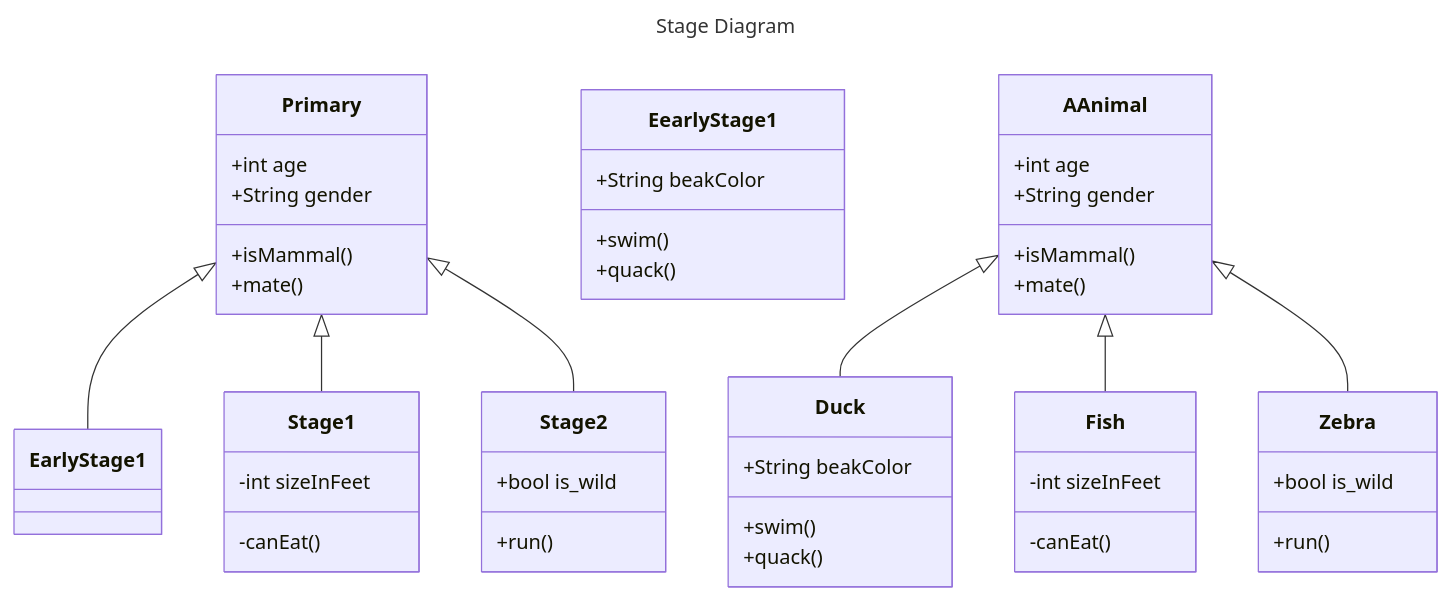
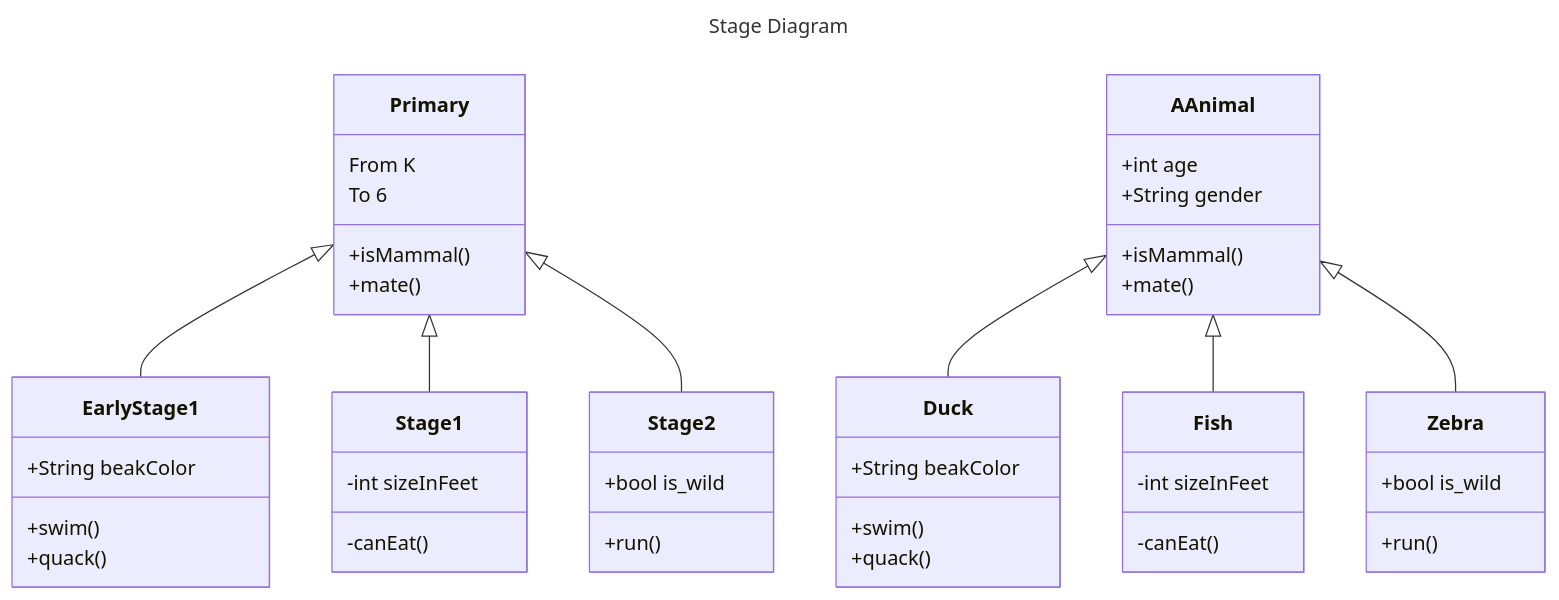
One commit to librelab/gurukul changed the diagram in README.md. Above: the diagram before and after it, drawn with Mermaid.

````diff
--- a/README.md
+++ b/README.md
@@ -55,46 +55,46 @@
 ```mermaid
 ---
 title: Stage Diagram
 ---
 classDiagram
     Primary <|-- Early Stage1
     Primary <|-- Stage1
     Primary <|-- Stage2
-    Primary : +int age
-    Primary : +String gender
+    Primary : From K
+    Primary : To 6
     Primary: +isMammal()
     Primary: +mate()
-    class Eearly Stage1{
+    class Early Stage1{
       +String beakColor
       +swim()
       +quack()
     }
     class Stage1{
       -int sizeInFeet
       -canEat()
     }
     class Stage2{
       +bool is_wild
       +run()
     }	
 	AAnimal <|-- Duck
     AAnimal <|-- Fish
     AAnimal <|-- Zebra
     AAnimal : +int age
     AAnimal : +String gender
     AAnimal: +isMammal()
     AAnimal: +mate()
     class Duck{
       +String beakColor
       +swim()
       +quack()
     }
     class Fish{
       -int sizeInFeet
       -canEat()
     }
     class Zebra{
       +bool is_wild
       +run()
     }
 ```
````
